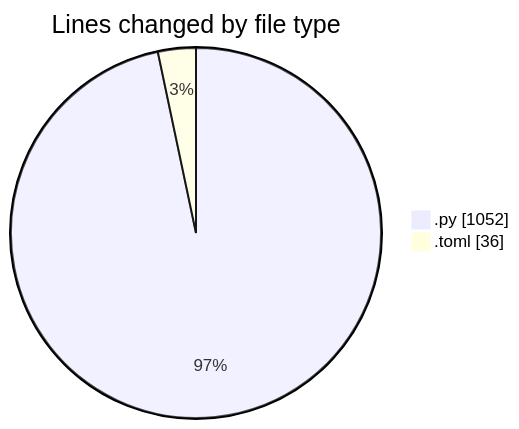
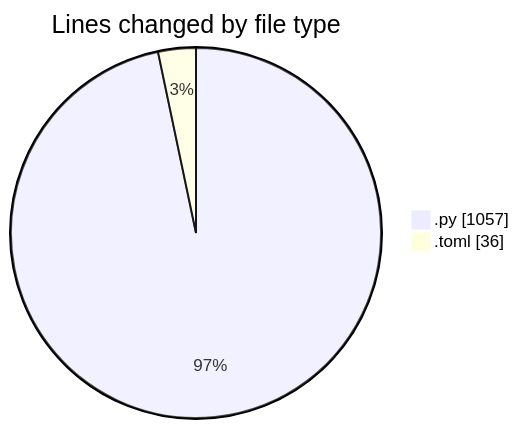
Before and after one commit to julien-gomy/code-tracking: the first of 2 diagrams in 2025-11-20/eventscop-api-guide__workspace_/README.md, drawn with Mermaid. The commit also changed other lines of this file and 1 other file, not shown here.

````diff
--- a/2025-11-20/eventscop-api-guide__workspace_/README.md
+++ b/2025-11-20/eventscop-api-guide__workspace_/README.md
@@ -26,6 +26,6 @@
 ```mermaid
 pie showData
 title Lines changed by file type
-".py" : 1052
+".py" : 1057
 ".toml" : 36
 ```
````
